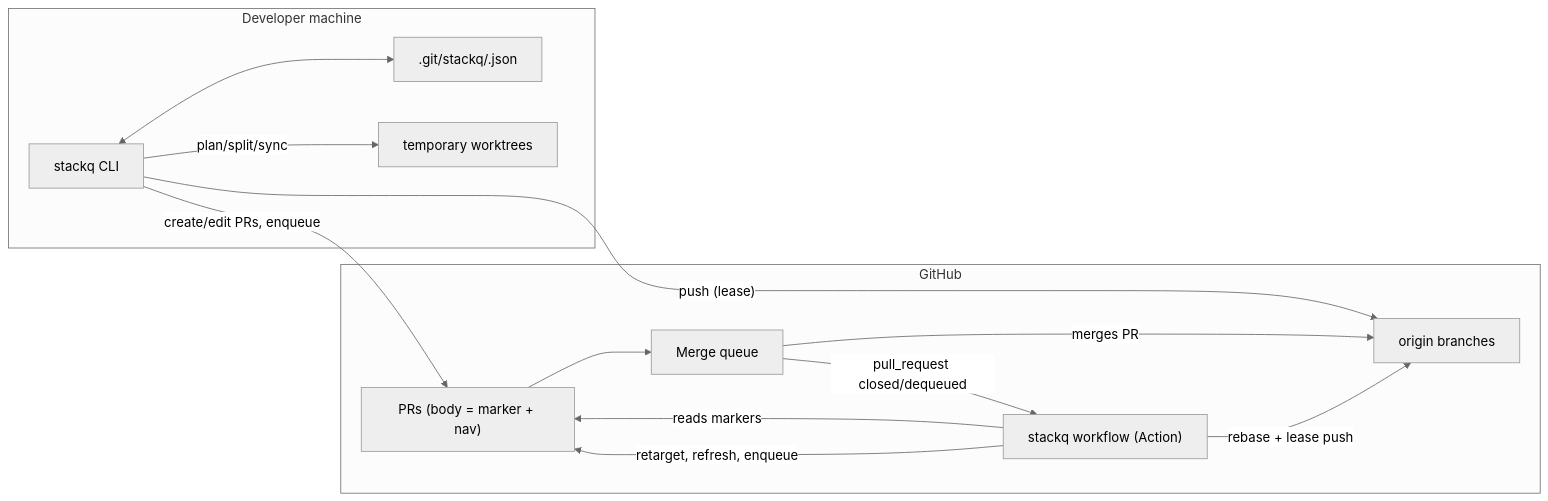
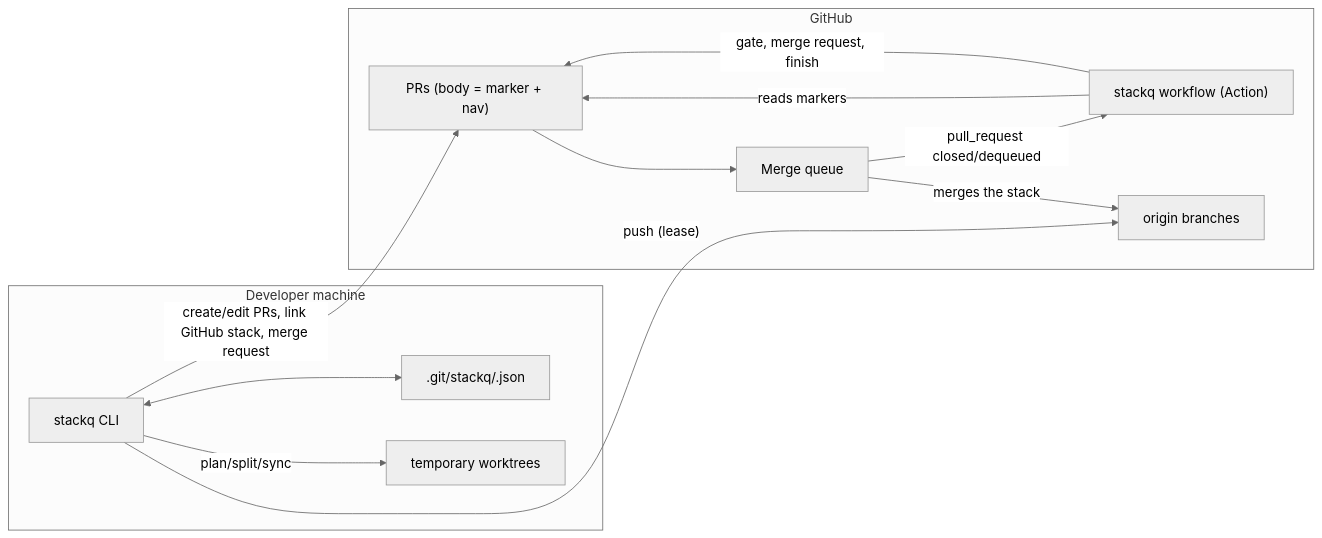
One commit to shresthaujjwal/stackq changed the first of 4 diagrams in SPEC.md. Above: the diagram before and after it, drawn with Mermaid (neutral theme). The commit also changed other lines of this file and 21 other files, not shown here.

First line of the commit message:
Land stacks with GitHub's stacked pull requests [minor]

````diff
--- a/SPEC.md
+++ b/SPEC.md
@@ -209,24 +212,23 @@
 ```mermaid
 flowchart LR
   subgraph Local["Developer machine"]
     CLI["stackq CLI"]
     State[".git/stackq/<name>.json"]
     WT["temporary worktrees"]
   end
   subgraph GitHub
     PRs["PRs (body = marker + nav)"]
     MQ["Merge queue"]
     GHA["stackq workflow (Action)"]
     Remote["origin branches"]
   end
   CLI -- plan/split/sync --> WT
   CLI <--> State
   CLI -- push (lease) --> Remote
-  CLI -- create/edit PRs, enqueue --> PRs
+  CLI -- create/edit PRs, link GitHub stack, merge request --> PRs
   PRs --> MQ
-  MQ -- merges PR --> Remote
+  MQ -- merges the stack --> Remote
   MQ -- "pull_request closed/dequeued" --> GHA
   GHA -- reads markers --> PRs
-  GHA -- rebase + lease push --> Remote
-  GHA -- retarget, refresh, enqueue --> PRs
+  GHA -- gate, merge request, finish --> PRs
 ```
````
